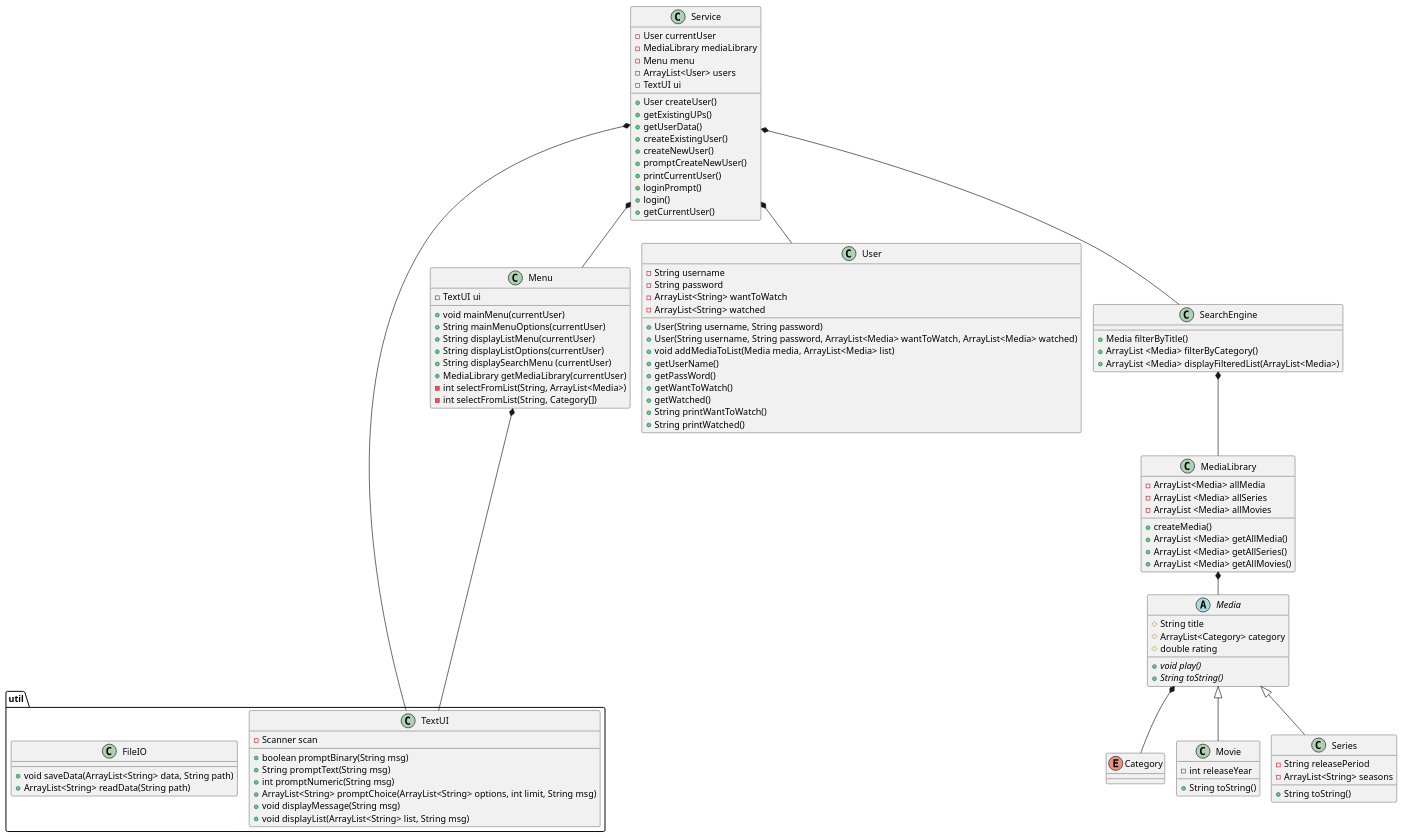
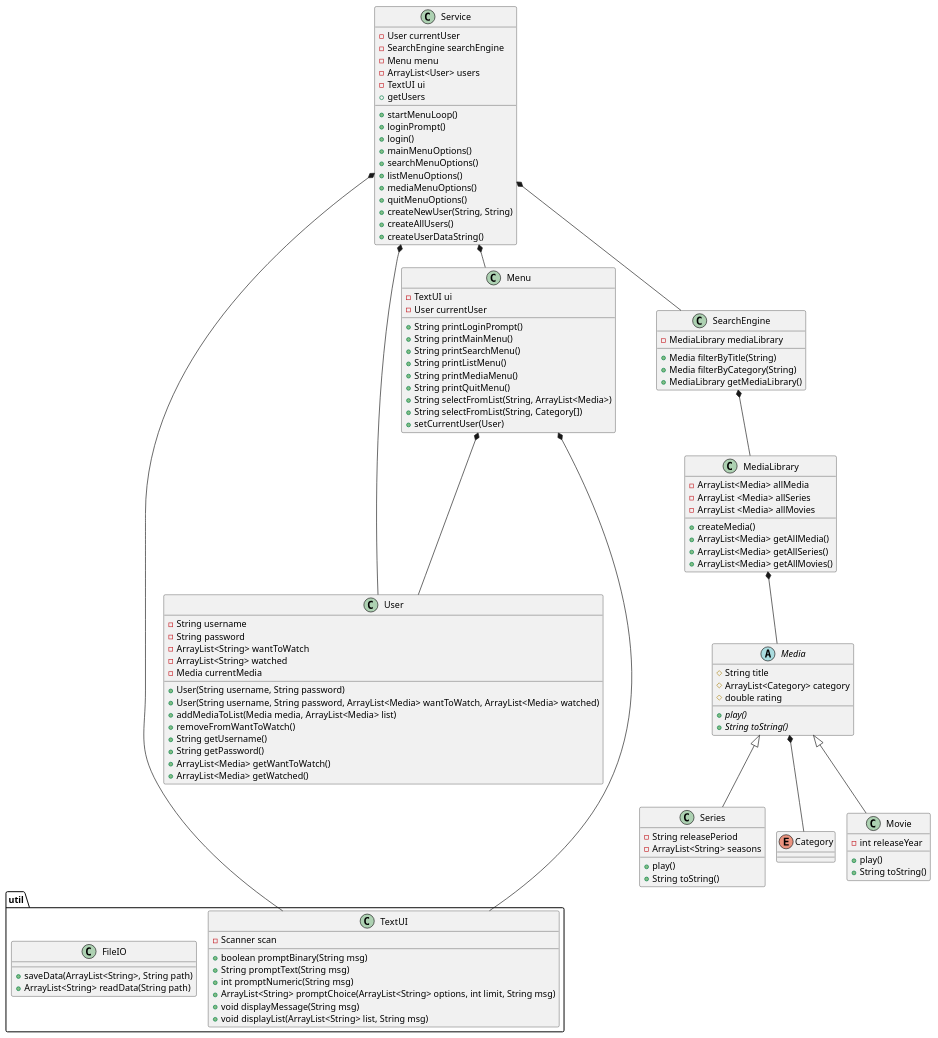
One commit to Ledut-dev/SP3_Chill changed the diagram in doc/Classdiagram_V3.puml. Above: the diagram before and after it, drawn with PlantUML. The commit also changed 6 other files, not shown here.

Commit message:
Updated class diagram, and fixed potential IOOB exception for FilterByCategory-FilterByTitle

```diff
--- a/doc/Classdiagram_V3.puml
+++ b/doc/Classdiagram_V3.puml
@@ -1,120 +1,129 @@
 @startuml
 'https://plantuml.com/class-diagram
 
 !pragma layout smetana
 
 enum Category
 
 
 class Service {
 - User currentUser
-- MediaLibrary mediaLibrary
+- SearchEngine searchEngine
 - Menu menu
 - ArrayList<User> users
 -TextUI ui
-+ User createUser()
-+getExistingUPs()
-+getUserData()
-+createExistingUser()
-+createNewUser()
-+promptCreateNewUser()
-+printCurrentUser()
++startMenuLoop()
 +loginPrompt()
 +login()
-+getCurrentUser()
++mainMenuOptions()
++searchMenuOptions()
++listMenuOptions()
++mediaMenuOptions()
++quitMenuOptions()
++createNewUser(String, String)
++createAllUsers()
++createUserDataString()
++getUsers
 }
 
 class MediaLibrary{
 - ArrayList<Media> allMedia
 - ArrayList <Media> allSeries
 - ArrayList <Media> allMovies
 +createMedia()
-+ ArrayList <Media> getAllMedia()
-+ ArrayList <Media> getAllSeries()
-+ ArrayList <Media> getAllMovies()
++ ArrayList<Media> getAllMedia()
++ ArrayList<Media> getAllSeries()
++ ArrayList<Media> getAllMovies()
 
 }
 class Menu{
 - TextUI ui
-+ void mainMenu(currentUser)
-+ String mainMenuOptions(currentUser)
-+ String displayListMenu(currentUser)
-+ String displayListOptions(currentUser)
-+ String displaySearchMenu (currentUser)
-+ MediaLibrary getMediaLibrary(currentUser)
--int selectFromList(String, ArrayList<Media>)
--int selectFromList(String, Category[])
+- User currentUser
++String printLoginPrompt()
++String printMainMenu()
++String printSearchMenu()
++String printListMenu()
++String printMediaMenu()
++String printQuitMenu()
++String selectFromList(String, ArrayList<Media>)
++String selectFromList(String, Category[])
++setCurrentUser(User)
 }
+
 class SearchEngine{
-+ Media filterByTitle()
-+ArrayList <Media> filterByCategory()
-+ArrayList <Media> displayFilteredList(ArrayList<Media>)
+- MediaLibrary mediaLibrary
++Media filterByTitle(String)
++Media filterByCategory(String)
++MediaLibrary getMediaLibrary()
 
 
 }
 
 abstract class Media {
 # String title
 # ArrayList<Category> category
 # double rating
-+ void {abstract} play()
++{abstract} play()
 +{abstract} String toString()
 }
 
-
 class Movie extends Media{
 - int releaseYear
++ play()
 + String toString()
 }
 
 class Series extends Media{
 - String releasePeriod
 - ArrayList<String> seasons
++ play()
 + String toString()
 }
 
 
 class User{
 - String username
 - String password
 - ArrayList<String> wantToWatch
 - ArrayList<String> watched
+- Media currentMedia
 + User(String username, String password)
 + User(String username, String password, ArrayList<Media> wantToWatch, ArrayList<Media> watched)
-+ void addMediaToList(Media media, ArrayList<Media> list)
-+getUserName()
-+getPassWord()
-+getWantToWatch()
-+getWatched()
-+String printWantToWatch()
-+String printWatched()
++ addMediaToList(Media media, ArrayList<Media> list)
++ removeFromWantToWatch()
++String getUsername()
++String getPassword()
++ArrayList<Media> getWantToWatch()
++ArrayList<Media> getWatched()
 }
 
 package "util" {
 class TextUI {
 - Scanner scan
 + boolean promptBinary(String msg)
 + String promptText(String msg)
 + int promptNumeric(String msg)
 + ArrayList<String> promptChoice(ArrayList<String> options, int limit, String msg)
 + void displayMessage(String msg)
 + void displayList(ArrayList<String> list, String msg)
 }
 
 class FileIO{
-+ void saveData(ArrayList<String> data, String path)
++ saveData(ArrayList<String>, String path)
 + ArrayList<String> readData(String path)
 }
 }
 
 Media *-- Category
 SearchEngine *--MediaLibrary
 MediaLibrary *-- Media
 Service *-- SearchEngine
 Service *-- User
 Service *-- Menu
 Service *-- TextUI
-Menu *---- TextUI
+Menu *--- User
+Menu *----- TextUI
+
 
 
 @enduml
```
